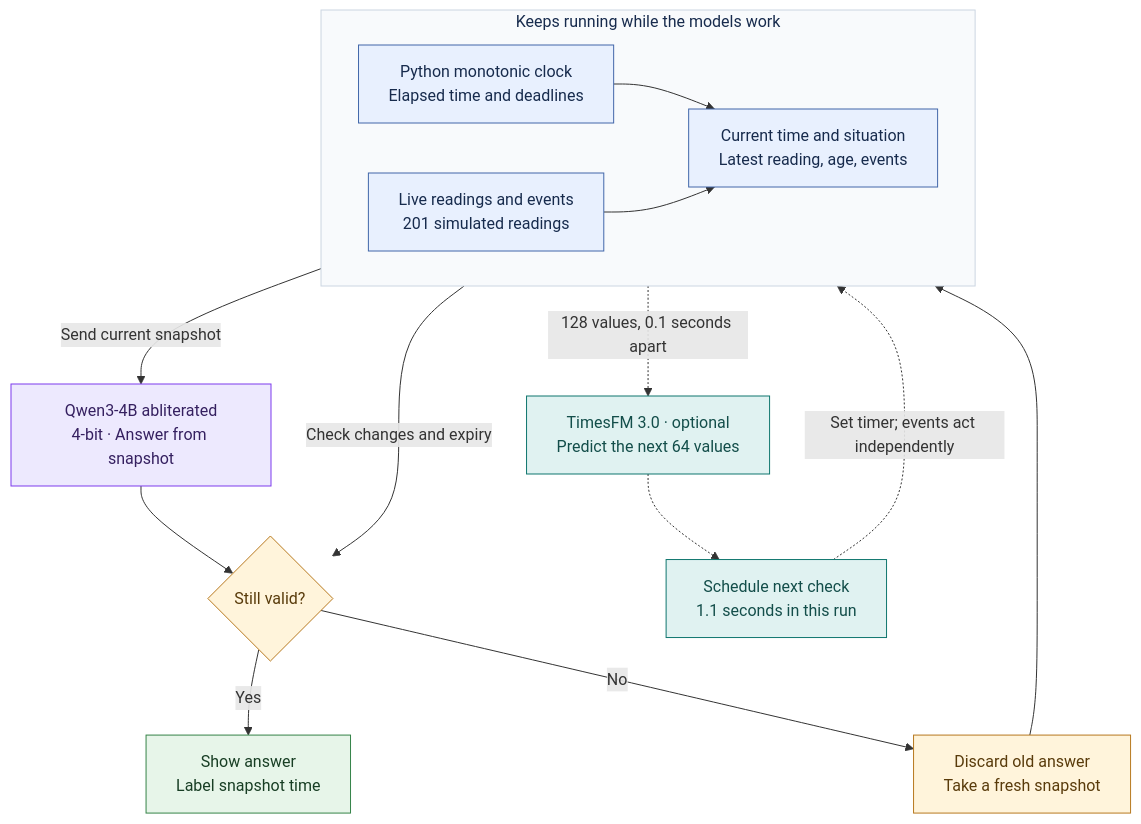
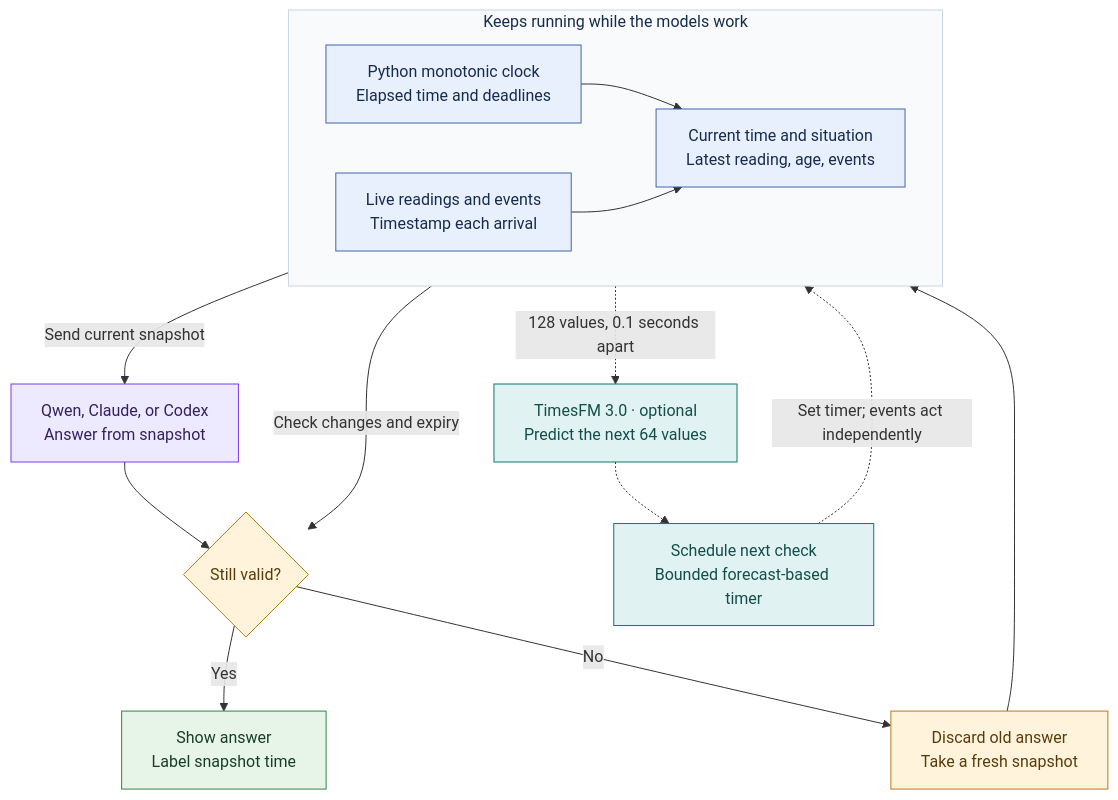
The diagram in README.md (rachittshah/ticklm), drawn with Mermaid before and after one commit. The commit also changed other lines of this file and 29 other files, not shown here.

First line of the commit message:
docs: report real Claude and Codex timing trials

````diff
--- a/README.md
+++ b/README.md
@@ -31,34 +32,34 @@
 ```mermaid
 flowchart TB
     subgraph LIVE["Keeps running while the models work"]
         direction LR
         clock["Python monotonic clock<br/>Elapsed time and deadlines"]
-        stream["Live readings and events<br/>201 simulated readings"]
+        stream["Live readings and events<br/>Timestamp each arrival"]
         state["Current time and situation<br/>Latest reading, age, events"]
         clock --> state
         stream --> state
     end
 
-    state -->|"Send current snapshot"| llm["Qwen3-4B abliterated<br/>4-bit · Answer from snapshot"]
+    state -->|"Send current snapshot"| llm["Qwen, Claude, or Codex<br/>Answer from snapshot"]
     llm --> guard{"Still valid?"}
     state -->|"Check changes and expiry"| guard
     guard -->|Yes| show["Show answer<br/>Label snapshot time"]
     guard -->|No| retry["Discard old answer<br/>Take a fresh snapshot"]
     retry --> state
 
     stream -.->|"128 values, 0.1 seconds apart"| tsfm["TimesFM 3.0 · optional<br/>Predict the next 64 values"]
-    tsfm -.-> policy["Schedule next check<br/>1.1 seconds in this run"]
+    tsfm -.-> policy["Schedule next check<br/>Bounded forecast-based timer"]
     policy -.->|"Set timer; events act independently"| state
 
     style LIVE fill:#f8fafc,stroke:#cbd5e1,color:#172b4d
     classDef input fill:#e8f0fe,stroke:#4267a9,color:#172b4d
     classDef language fill:#ede9fe,stroke:#7c3aed,color:#352060
     classDef forecast fill:#e0f2f1,stroke:#0f766e,color:#134e4a
     classDef check fill:#fff4db,stroke:#b7791f,color:#593b0b
     classDef output fill:#e7f5e9,stroke:#358348,color:#183e24
     class clock,stream,state input
     class llm language
     class tsfm,policy forecast
     class guard,retry check
     class show output
 ```
````
